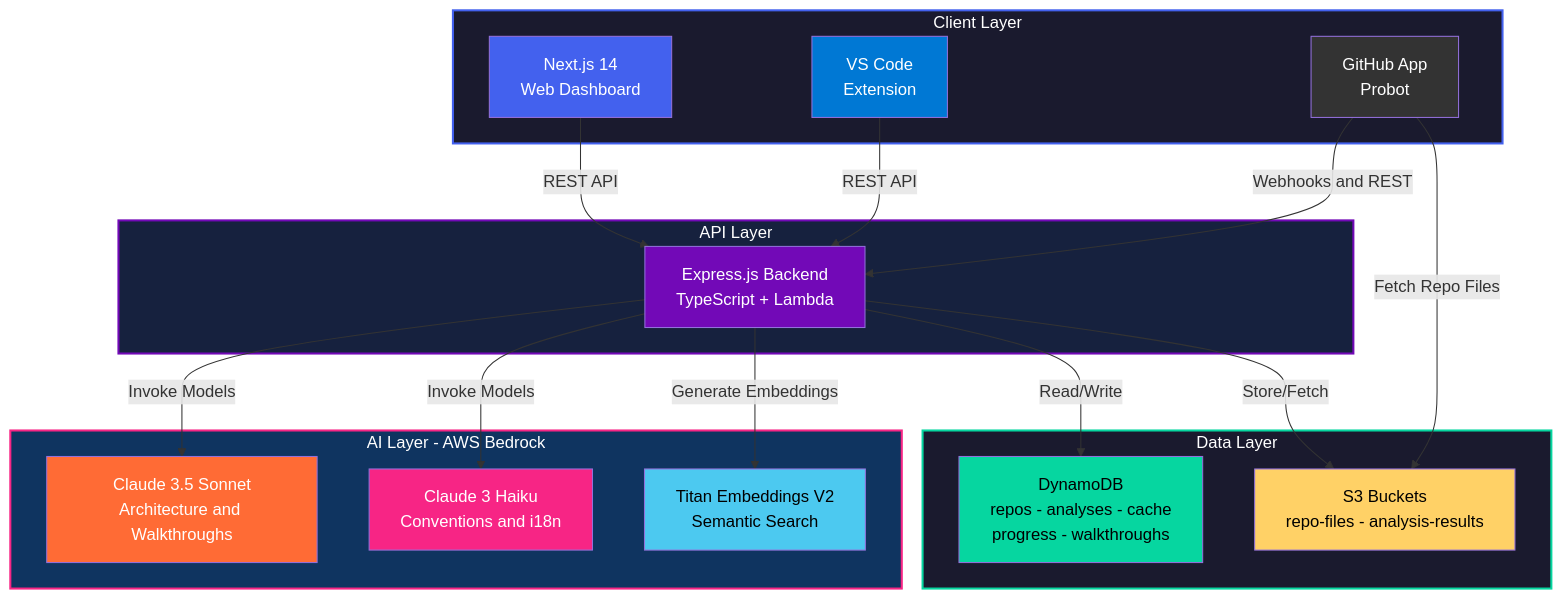
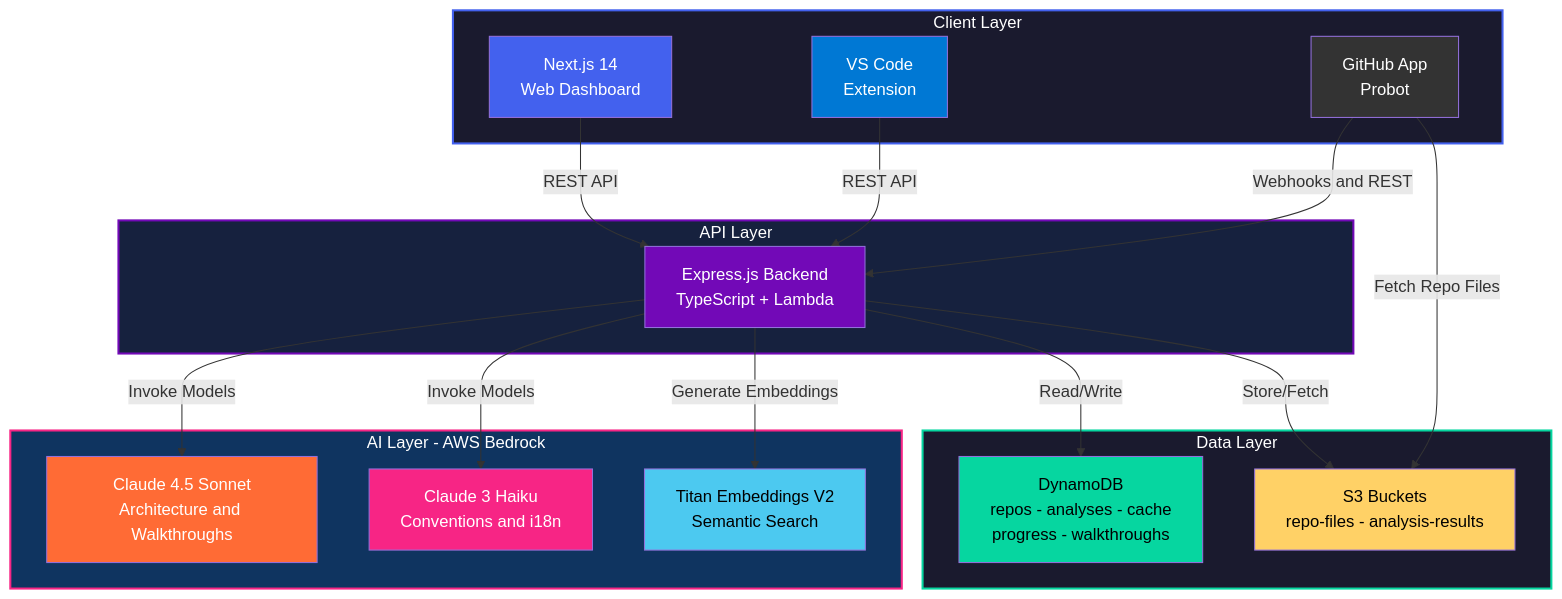
The first of 14 diagrams in README.md (STIWARTs/AutoDev-AI), drawn with Mermaid before and after one commit. The commit also changed other lines of this file, not shown here.

````diff
--- a/README.md
+++ b/README.md
@@ -150,47 +150,47 @@
 ```mermaid
 graph TB
     subgraph CLIENT["Client Layer"]
         style CLIENT fill:#1a1a2e,stroke:#4361EE,stroke-width:2px,color:#fff
         FE["Next.js 14\nWeb Dashboard"]
         VS["VS Code\nExtension"]
         GH["GitHub App\nProbot"]
     end
 
     subgraph API["API Layer"]
         style API fill:#16213e,stroke:#7209B7,stroke-width:2px,color:#fff
         BE["Express.js Backend\nTypeScript + Lambda"]
     end
 
     subgraph AI["AI Layer - AWS Bedrock"]
         style AI fill:#0f3460,stroke:#F72585,stroke-width:2px,color:#fff
-        CS["Claude 3.5 Sonnet\nArchitecture and Walkthroughs"]
+        CS["Claude 4.5 Sonnet\nArchitecture and Walkthroughs"]
         CH["Claude 3 Haiku\nConventions and i18n"]
         TE["Titan Embeddings V2\nSemantic Search"]
     end
 
     subgraph DATA["Data Layer"]
         style DATA fill:#1a1a2e,stroke:#06D6A0,stroke-width:2px,color:#fff
         DB["DynamoDB\nrepos - analyses - cache\nprogress - walkthroughs"]
         S3["S3 Buckets\nrepo-files - analysis-results"]
     end
 
     FE -->|REST API| BE
     VS -->|REST API| BE
     GH -->|Webhooks and REST| BE
     BE -->|Invoke Models| CS
     BE -->|Invoke Models| CH
     BE -->|Generate Embeddings| TE
     BE -->|Read/Write| DB
     BE -->|Store/Fetch| S3
     GH -->|Fetch Repo Files| S3
 
     style FE fill:#4361EE,color:#fff
     style VS fill:#0078D4,color:#fff
     style GH fill:#333,color:#fff
     style BE fill:#7209B7,color:#fff
     style CS fill:#FF6B35,color:#fff
     style CH fill:#F72585,color:#fff
     style TE fill:#4CC9F0,color:#000
     style DB fill:#06D6A0,color:#000
     style S3 fill:#FFD166,color:#000
 ```
````
